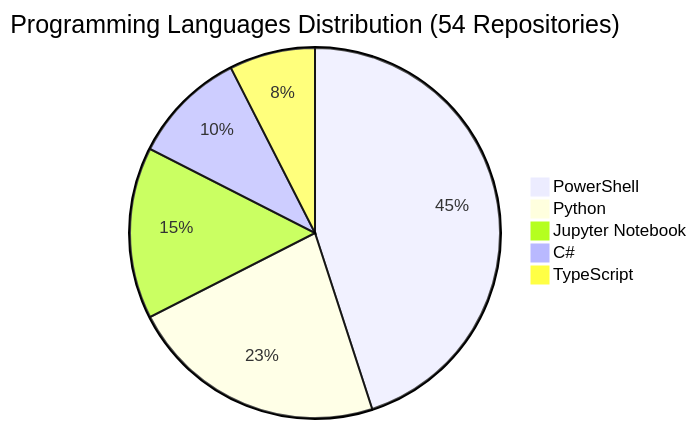
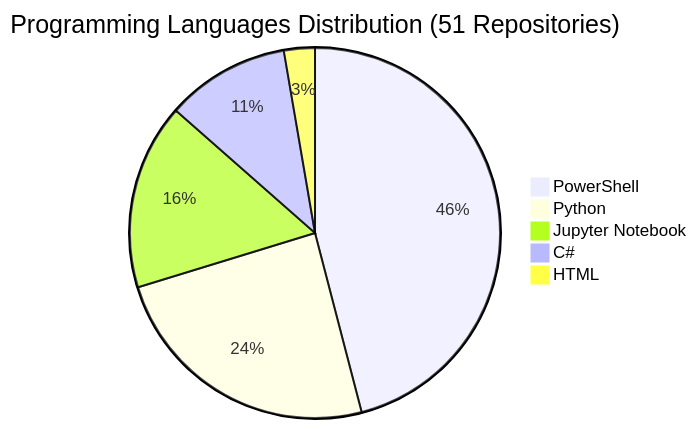
The diagram in REPOS.md (fabioc-aloha/fabioc-aloha), drawn with Mermaid before and after one commit. The commit also changed other lines of this file and 1 other file, not shown here.

````diff
--- a/REPOS.md
+++ b/REPOS.md
@@ -129,8 +129,8 @@
 ```mermaid
-pie title Programming Languages Distribution (54 Repositories)
-    "PowerShell" : 18
+pie title Programming Languages Distribution (51 Repositories)
+    "PowerShell" : 17
     "Python" : 9
     "Jupyter Notebook" : 6
     "C#" : 4
-    "TypeScript" : 3
+    "HTML" : 1
 ```
````
